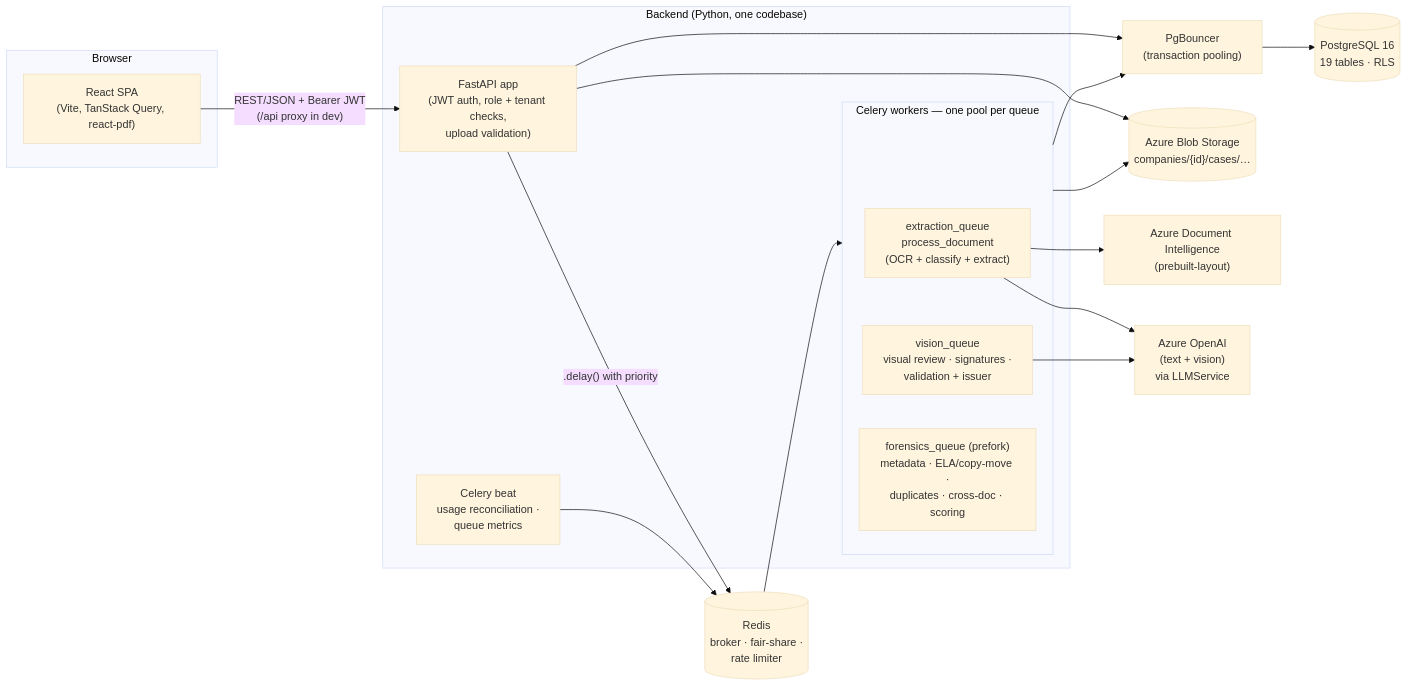
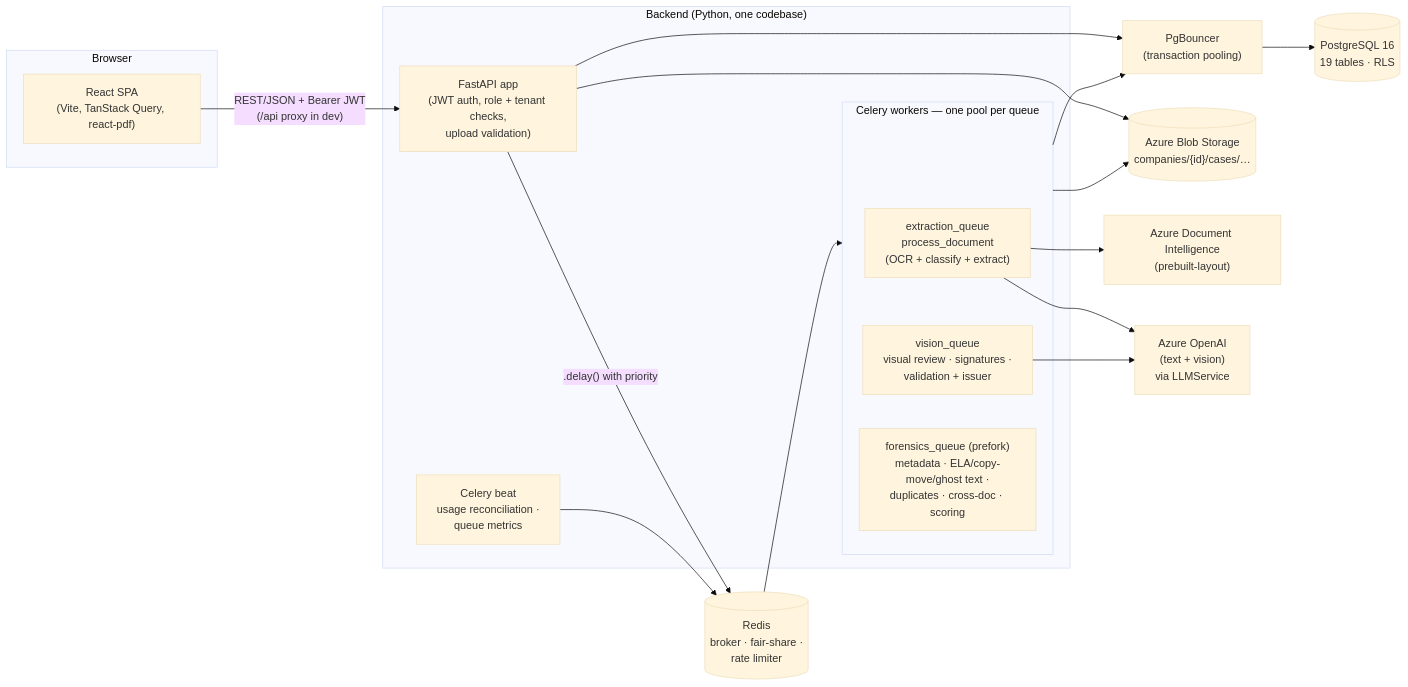
Before and after one commit to Deepraj-chawda/FDDT: the diagram in docs/architecture/overview.md, drawn with Mermaid (base theme). The commit also changed other lines of this file and 63 other files, not shown here.

First line of the commit message:
docs: ghost content, check summaries and all new checks; regenerate schema, OpenAPI and PDFs

````diff
--- a/docs/architecture/overview.md
+++ b/docs/architecture/overview.md
@@ -16,36 +16,36 @@
 ```mermaid
 flowchart LR
     subgraph Browser
         SPA["React SPA<br/>(Vite, TanStack Query, react-pdf)"]
     end
 
     subgraph Backend["Backend (Python, one codebase)"]
         API["FastAPI app<br/>(JWT auth, role + tenant checks,<br/>upload validation)"]
         subgraph Workers["Celery workers — one pool per queue"]
             WX["extraction_queue<br/>process_document<br/>(OCR + classify + extract)"]
             WV["vision_queue<br/>visual review · signatures ·<br/>validation + issuer"]
-            WF["forensics_queue (prefork)<br/>metadata · ELA/copy-move ·<br/>duplicates · cross-doc · scoring"]
+            WF["forensics_queue (prefork)<br/>metadata · ELA/copy-move/ghost text ·<br/>duplicates · cross-doc · scoring"]
         end
         BEAT["Celery beat<br/>usage reconciliation ·<br/>queue metrics"]
     end
 
     PGB["PgBouncer<br/>(transaction pooling)"]
     PG[("PostgreSQL 16<br/>19 tables · RLS")]
     RD[("Redis<br/>broker · fair-share ·<br/>rate limiter")]
     BLOB[("Azure Blob Storage<br/>companies/{id}/cases/…")]
     DI["Azure Document Intelligence<br/>(prebuilt-layout)"]
     AOAI["Azure OpenAI<br/>(text + vision)<br/>via LLMService"]
 
     SPA -- "REST/JSON + Bearer JWT<br/>(/api proxy in dev)" --> API
     API --> PGB
     API --> BLOB
     API -- ".delay() with priority" --> RD
     RD --> Workers
     BEAT --> RD
     Workers --> PGB
     PGB --> PG
     Workers --> BLOB
     WX --> DI
     WX --> AOAI
     WV --> AOAI
 ```
````
